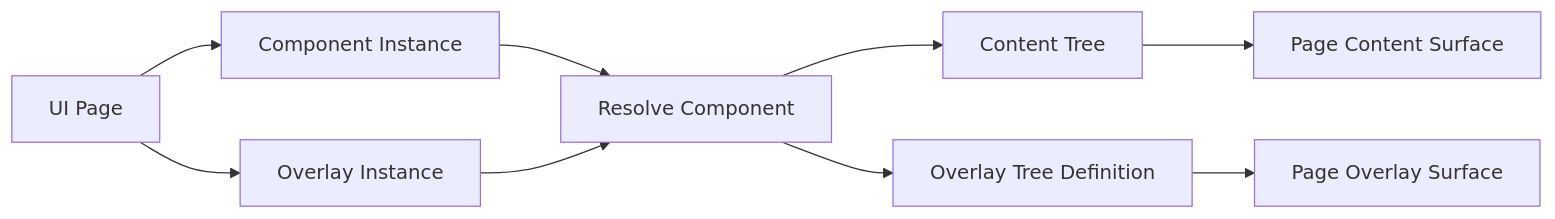
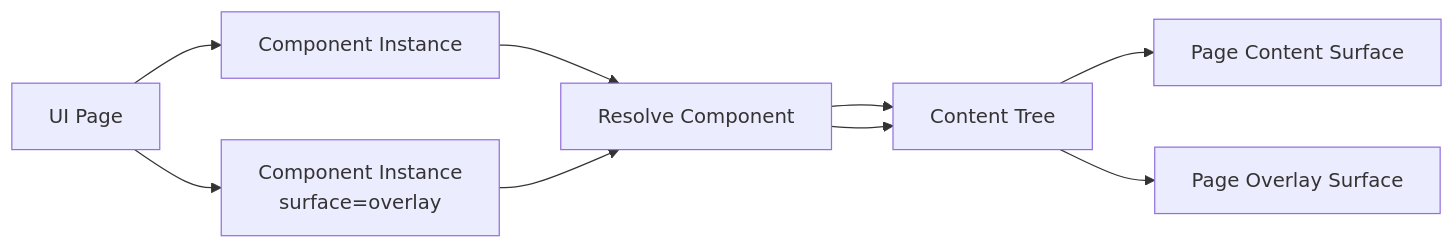
One commit to northwest-hcu/FlagShip changed the eighth of 11 diagrams in docs/architecture/03-technology-and-system-architecture.md. Above: the diagram before and after it, drawn with Mermaid. The commit also changed other lines of this file and 46 other files, not shown here.

````diff
--- a/docs/architecture/03-technology-and-system-architecture.md
+++ b/docs/architecture/03-technology-and-system-architecture.md
@@ -252,16 +252,15 @@
 ```mermaid
 flowchart LR
     Page["UI Page"]
     ContentInstance["Component Instance"]
-    OverlayInstance["Overlay Instance"]
+    OverlayComponent["Component Instance<br/>surface=overlay"]
     Resolve["Resolve Component"]
     Content["Content Tree"]
-    Overlay["Overlay Tree Definition"]
     ContentSurface["Page Content Surface"]
     OverlaySurface["Page Overlay Surface"]
 
     Page --> ContentInstance --> Resolve
-    Page --> OverlayInstance --> Resolve
+    Page --> OverlayComponent --> Resolve
     Resolve --> Content --> ContentSurface
-    Resolve --> Overlay --> OverlaySurface
+    Resolve --> Content --> OverlaySurface
 ```
````
